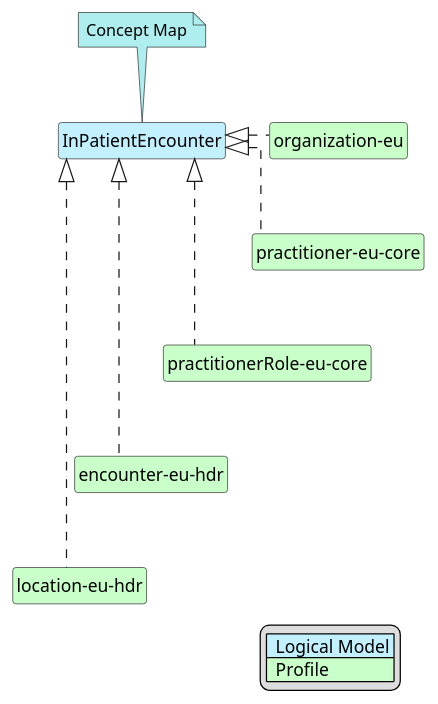
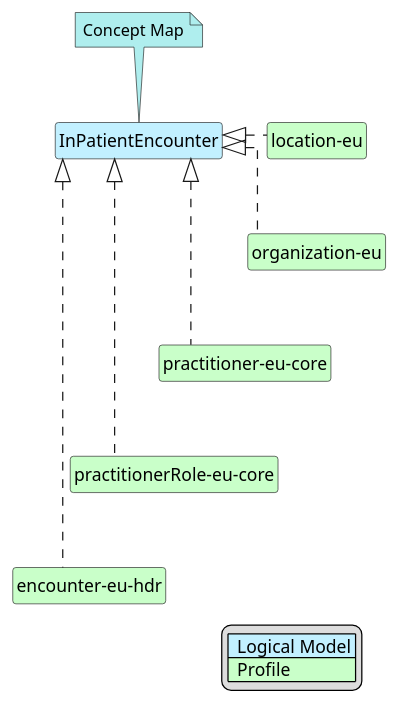
Before and after one commit to hl7-eu/hdr: the diagram in input/images-source/InPatientEncounter-map.plantuml, drawn with PlantUML. The commit also changed 15 other files, not shown here.

```diff
--- a/input/images-source/InPatientEncounter-map.plantuml
+++ b/input/images-source/InPatientEncounter-map.plantuml
@@ -1,33 +1,33 @@
 @startuml
 hide circle
 hide stereotype
 hide members
 hide methods
 skinparam linetype ortho
 skinparam class {
 BackgroundColor<<LogicalModel>> #APPLICATION
 BackgroundColor<<Profile>> #TECHNOLOGY
 }
 legend right
 | <#APPLICATION>  Logical Model |
 | <#TECHNOLOGY>  Profile |
 endlegend
 class "InPatientEncounter" <<LogicalModel>> [[StructureDefinition-InPatientEncounter.html]]
 note top #PaleTurquoise [[ConceptMap-encounter2FHIR-eu-hdr.html]]
 Concept Map
 endnote
+class "location-eu" <<Profile>> [[StructureDefinition-location-eu.html]]
+"InPatientEncounter" <|. "location-eu"
 class "organization-eu" <<Profile>> [[StructureDefinition-organization-eu.html]]
 "InPatientEncounter" <|. "organization-eu"
+"location-eu" -d[hidden]-> "organization-eu"
 class "practitioner-eu-core" <<Profile>> [[StructureDefinition-practitioner-eu-core.html]]
 "InPatientEncounter" <|. "practitioner-eu-core"
 "organization-eu" -d[hidden]-> "practitioner-eu-core"
 class "practitionerRole-eu-core" <<Profile>> [[StructureDefinition-practitionerRole-eu-core.html]]
 "InPatientEncounter" <|. "practitionerRole-eu-core"
 "practitioner-eu-core" -d[hidden]-> "practitionerRole-eu-core"
 class "encounter-eu-hdr" <<Profile>> [[StructureDefinition-encounter-eu-hdr.html]]
 "InPatientEncounter" <|. "encounter-eu-hdr"
 "practitionerRole-eu-core" -d[hidden]-> "encounter-eu-hdr"
-class "location-eu-hdr" <<Profile>> [[StructureDefinition-location-eu-hdr.html]]
-"InPatientEncounter" <|. "location-eu-hdr"
-"encounter-eu-hdr" -d[hidden]-> "location-eu-hdr"
 @enduml
```
